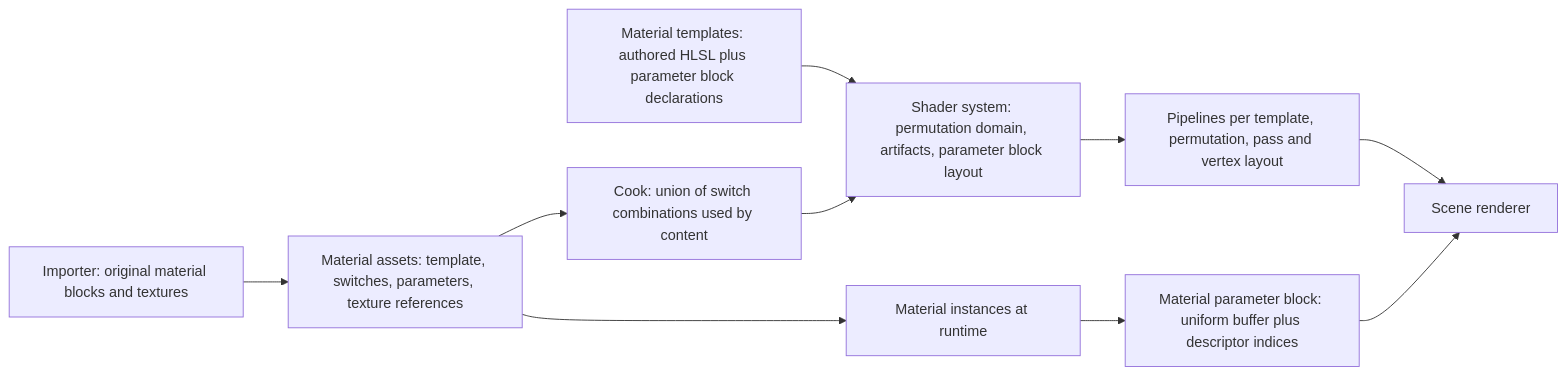
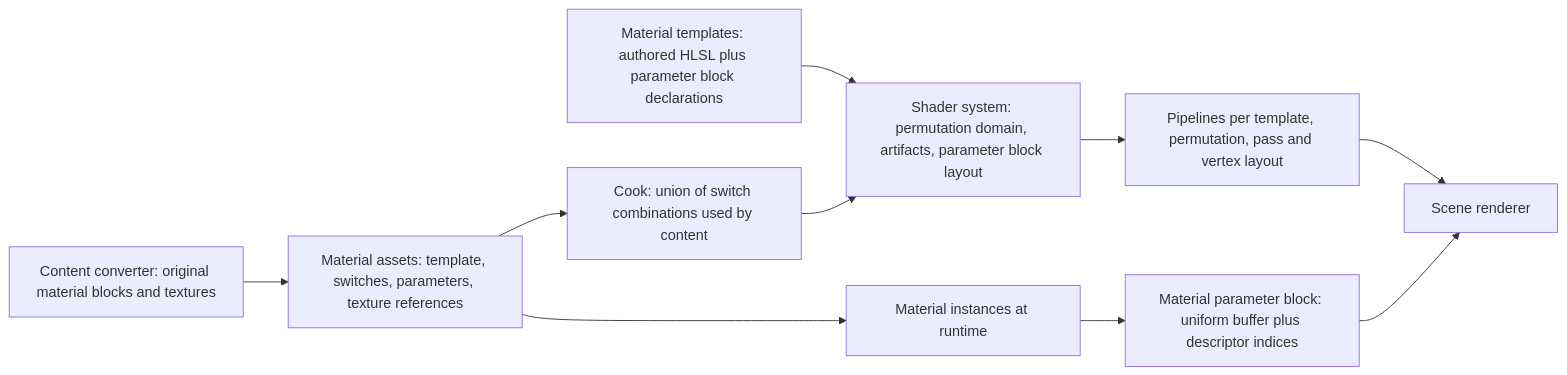
The first of 3 diagrams in docs/architecture/materials.md (plainsight-systems/bullet-witch), drawn with Mermaid before and after one commit. The commit also changed other lines of this file and 3 other files, not shown here.

First line of the commit message:
Add the content architecture

````diff
--- a/docs/architecture/materials.md
+++ b/docs/architecture/materials.md
@@ -19,12 +19,12 @@
 ```mermaid
 flowchart LR
-    IMP["Importer: original material blocks and textures"] --> MA["Material assets: template, switches, parameters, texture references"]
+    IMP["Content converter: original material blocks and textures"] --> MA["Material assets: template, switches, parameters, texture references"]
     T["Material templates: authored HLSL plus parameter block declarations"] --> SS["Shader system: permutation domain, artifacts, parameter block layout"]
     MA --> CK["Cook: union of switch combinations used by content"]
     CK --> SS
     MA --> MI["Material instances at runtime"]
     SS --> PL["Pipelines per template, permutation, pass and vertex layout"]
     MI --> UB["Material parameter block: uniform buffer plus descriptor indices"]
     PL --> R["Scene renderer"]
     UB --> R
 ```
````
